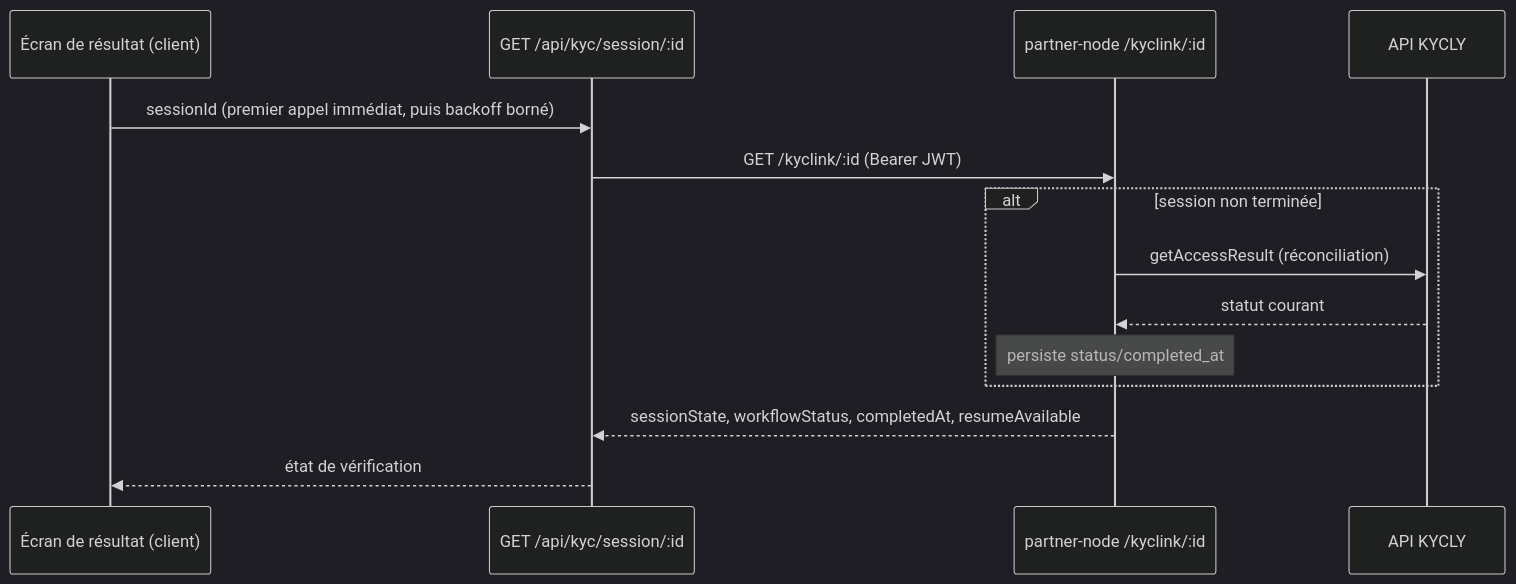
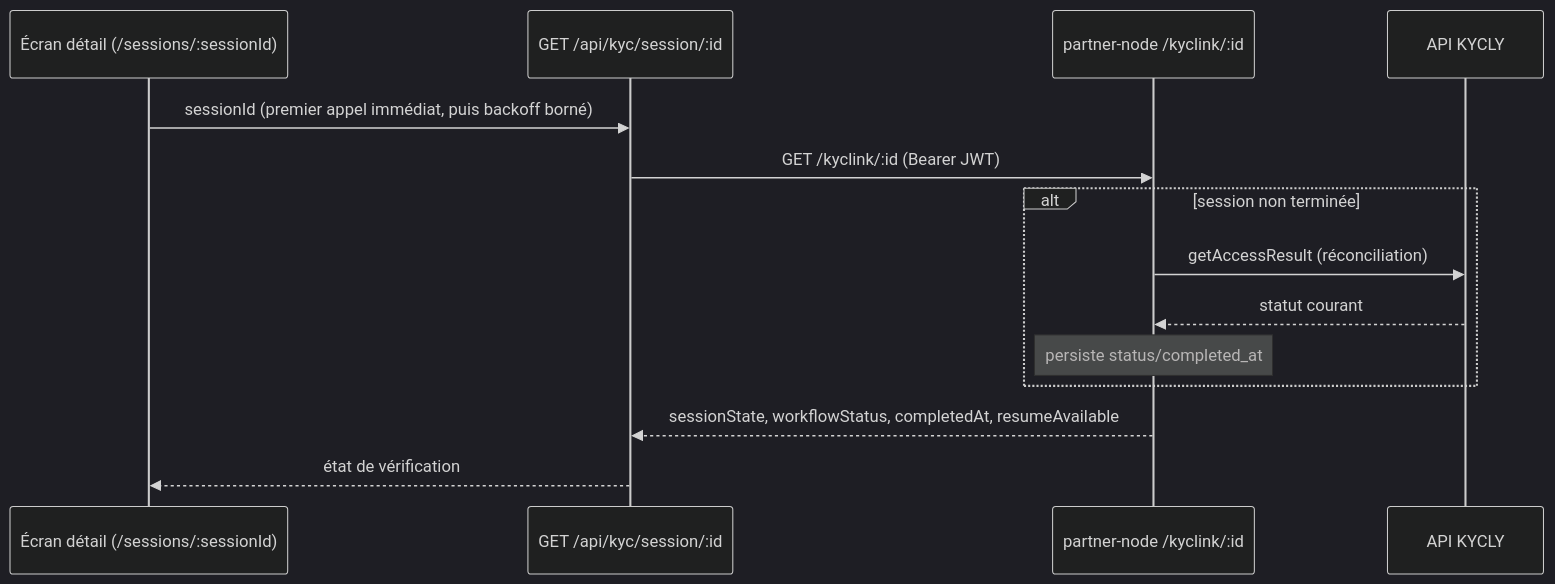
One commit to kycly/whitelabel-vercel changed the second of 2 diagrams in docs/architecture/data-flows/kyc-session-create.md. Above: the diagram before and after it, drawn with Mermaid (dark theme). The commit also changed other lines of this file and 31 other files, not shown here.

````diff
--- a/docs/architecture/data-flows/kyc-session-create.md
+++ b/docs/architecture/data-flows/kyc-session-create.md
@@ -43,17 +47,17 @@
 ```mermaid
 sequenceDiagram
-    participant UI as Écran de résultat (client)
+    participant UI as Écran détail (/sessions/:sessionId)
     participant S as GET /api/kyc/session/:id
     participant PN as partner-node /kyclink/:id
     participant KY as API KYCLY
 
     UI->>S: sessionId (premier appel immédiat, puis backoff borné)
     S->>PN: GET /kyclink/:id (Bearer JWT)
     alt session non terminée
         PN->>KY: getAccessResult (réconciliation)
         KY-->>PN: statut courant
         Note over PN: persiste status/completed_at
     end
     PN-->>S: sessionState, workflowStatus, completedAt, resumeAvailable
     S-->>UI: état de vérification
 ```
````
